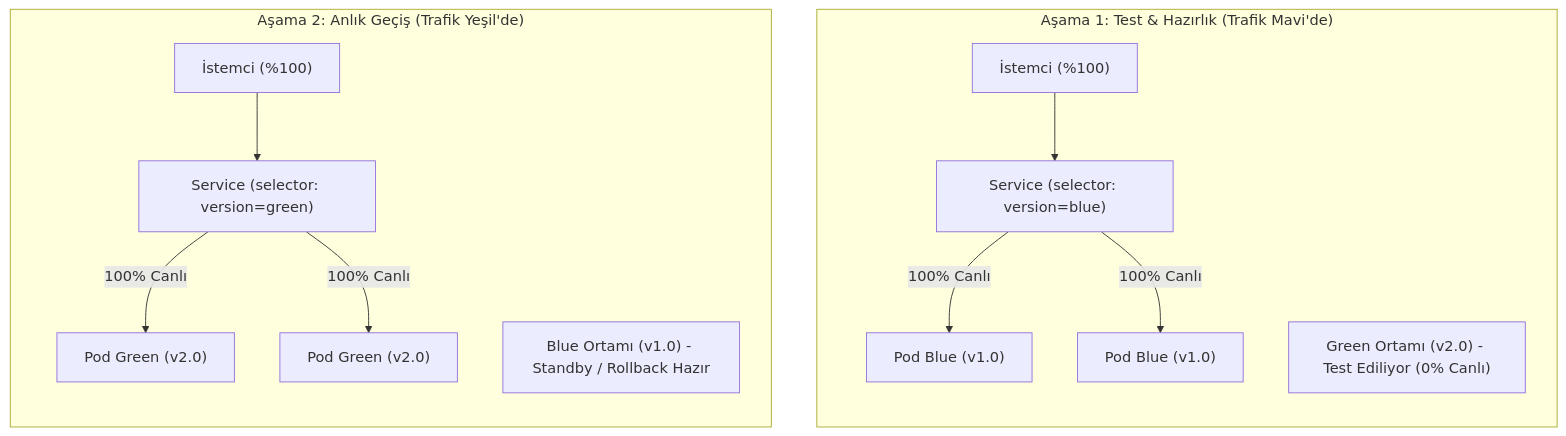
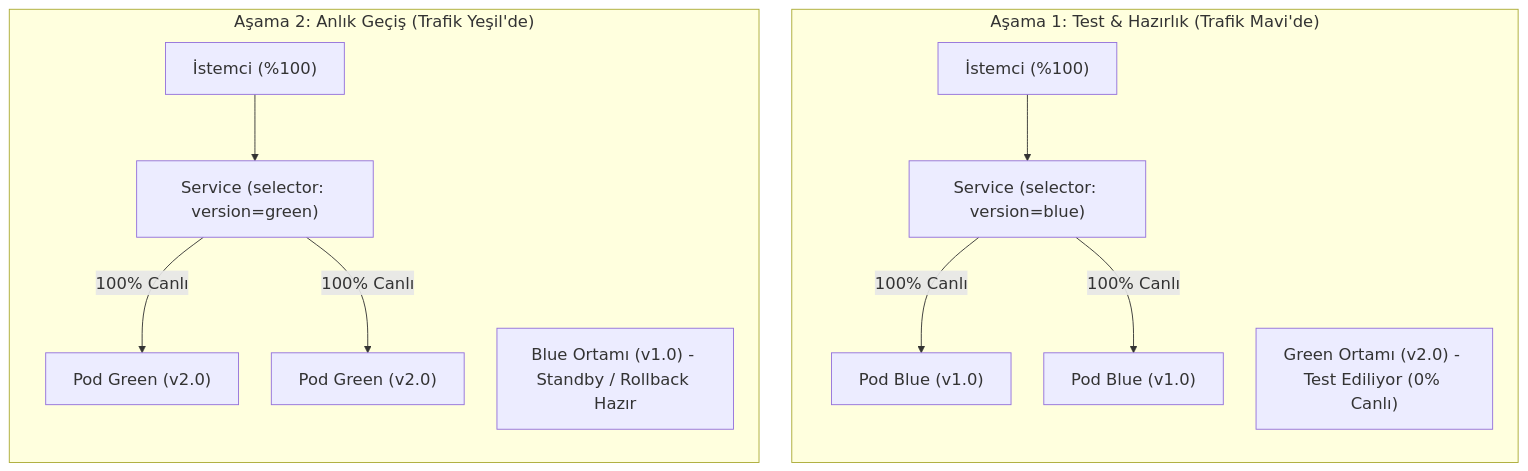
The third of 4 diagrams in lab-08-deployment-strategies/README.md (MTugce/k8s-labs), drawn with Mermaid before and after one commit. The commit also changed other lines of this file, not shown here.

Commit message:
Keep Lab 8 Mermaid diagrams visible

````diff
--- a/lab-08-deployment-strategies/README.md
+++ b/lab-08-deployment-strategies/README.md
@@ -306,15 +299,18 @@
 ```mermaid
+%%{init: {'themeVariables': {'fontSize': '18px'}, 'flowchart': {'nodeSpacing': 36, 'rankSpacing': 48}}}%%
 flowchart TB
+  accTitle: Blue-Green trafik geçişi
+  accDescr: Trafiğin Blue sürümünden Green sürümüne aktarılmasını gösterir.
   subgraph Before["Aşama 1: Test & Hazırlık (Trafik Mavi'de)"]
     direction TB
     CB["İstemci (%100)"] --> SB["Service (selector: version=blue)"]
     SB -->|100% Canlı| B1["Pod Blue (v1.0)"] & B2["Pod Blue (v1.0)"]
     G_IDLE["Green Ortamı (v2.0) - Test Ediliyor (0% Canlı)"]
   end
   subgraph After["Aşama 2: Anlık Geçiş (Trafik Yeşil'de)"]
     direction TB
     CG["İstemci (%100)"] --> SG["Service (selector: version=green)"]
     SG -->|100% Canlı| G1["Pod Green (v2.0)"] & G2["Pod Green (v2.0)"]
     B_IDLE["Blue Ortamı (v1.0) - Standby / Rollback Hazır"]
   end
 ```
````
